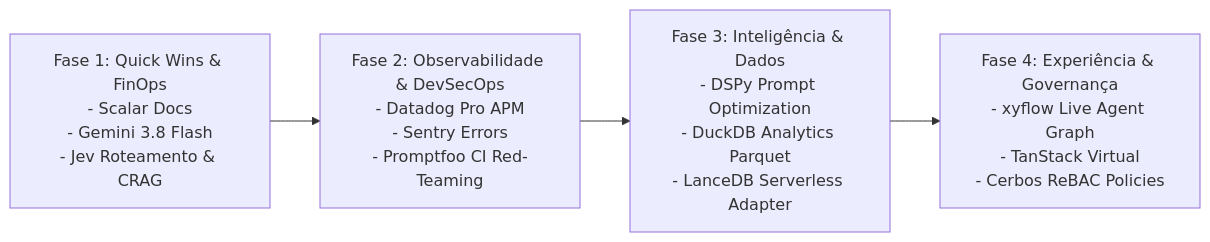
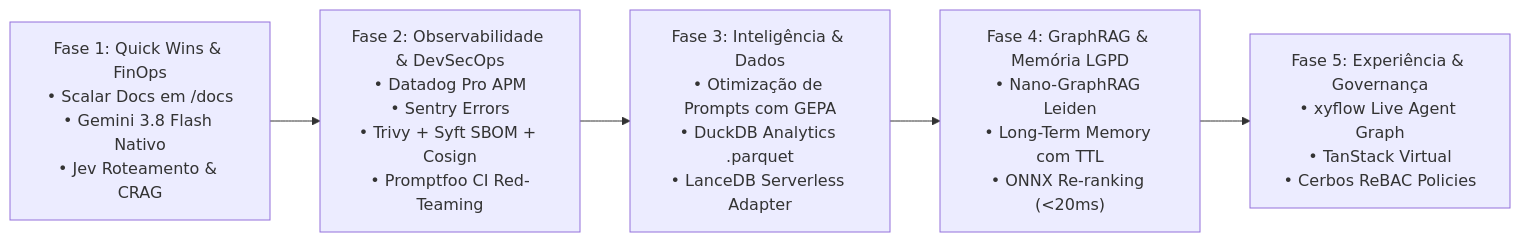
Before and after one commit to henriquebotelhogomes/UsiEdu: the second of 2 diagrams in docs/11-plano-modernizacao-harness-enterprise.md, drawn with Mermaid. The commit also changed other lines of this file and 7 other files, not shown here.

Commit message:
feat(governance): alinhar harness v1.5.2 com GEMINI.md, SRE postmortem e plano enterprise com GEPA

````diff
--- a/docs/11-plano-modernizacao-harness-enterprise.md
+++ b/docs/11-plano-modernizacao-harness-enterprise.md
@@ -230,9 +305,10 @@
 ```mermaid
 flowchart LR
-    F1[Fase 1: Quick Wins & FinOps\n- Scalar Docs\n- Gemini 3.8 Flash\n- Jev Roteamento & CRAG]
-    F2[Fase 2: Observabilidade & DevSecOps\n- Datadog Pro APM\n- Sentry Errors\n- Promptfoo CI Red-Teaming]
-    F3[Fase 3: Inteligência & Dados\n- DSPy Prompt Optimization\n- DuckDB Analytics Parquet\n- LanceDB Serverless Adapter]
-    F4[Fase 4: Experiência & Governança\n- xyflow Live Agent Graph\n- TanStack Virtual\n- Cerbos ReBAC Policies]
+    F1["Fase 1: Quick Wins & FinOps\n• Scalar Docs em /docs\n• Gemini 3.8 Flash Nativo\n• Jev Roteamento & CRAG"]
+    F2["Fase 2: Observabilidade & DevSecOps\n• Datadog Pro APM\n• Sentry Errors\n• Trivy + Syft SBOM + Cosign\n• Promptfoo CI Red-Teaming"]
+    F3["Fase 3: Inteligência & Dados\n• Otimização de Prompts com GEPA\n• DuckDB Analytics .parquet\n• LanceDB Serverless Adapter"]
+    F4["Fase 4: GraphRAG & Memória LGPD\n• Nano-GraphRAG Leiden\n• Long-Term Memory com TTL\n• ONNX Re-ranking (<20ms)"]
+    F5["Fase 5: Experiência & Governança\n• xyflow Live Agent Graph\n• TanStack Virtual\n• Cerbos ReBAC Policies"]
 
-    F1 --> F2 --> F3 --> F4
+    F1 --> F2 --> F3 --> F4 --> F5
 ```
````
